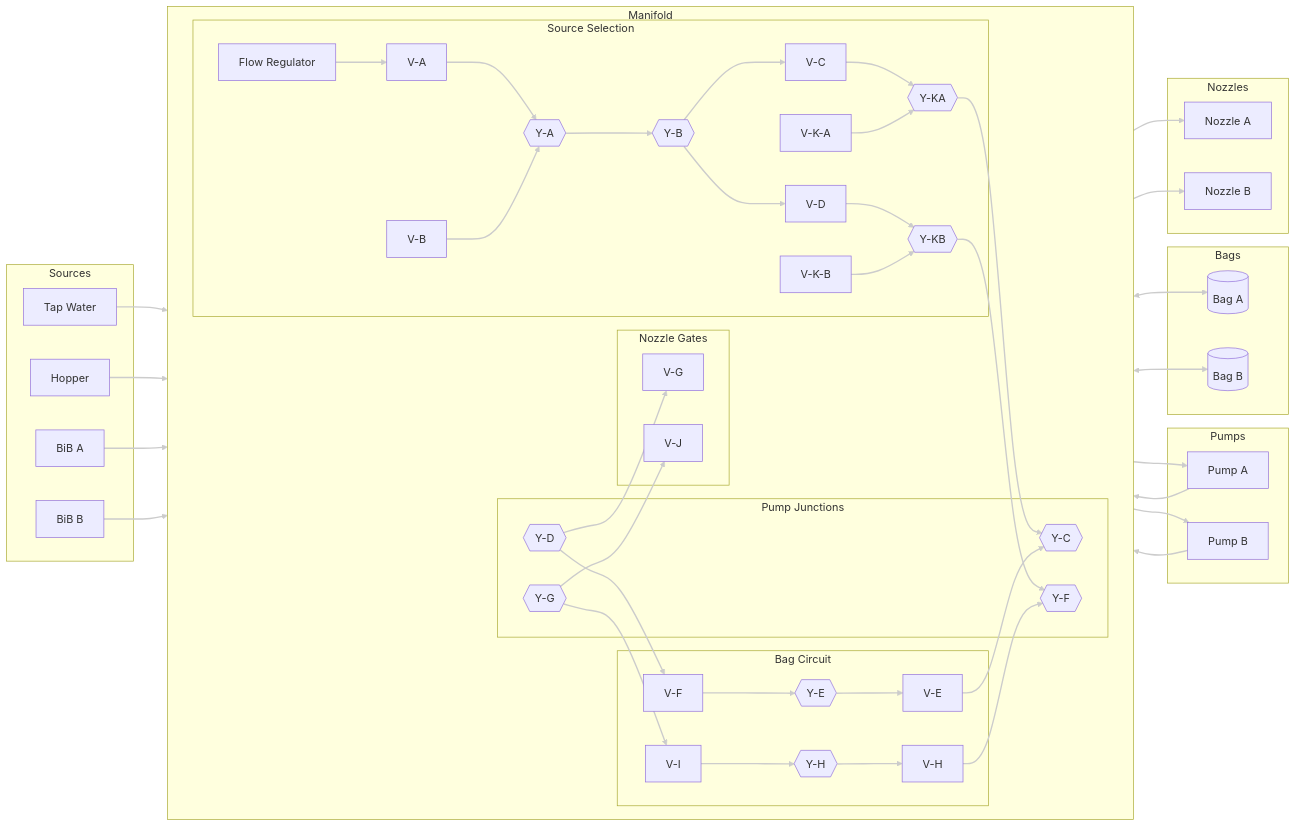
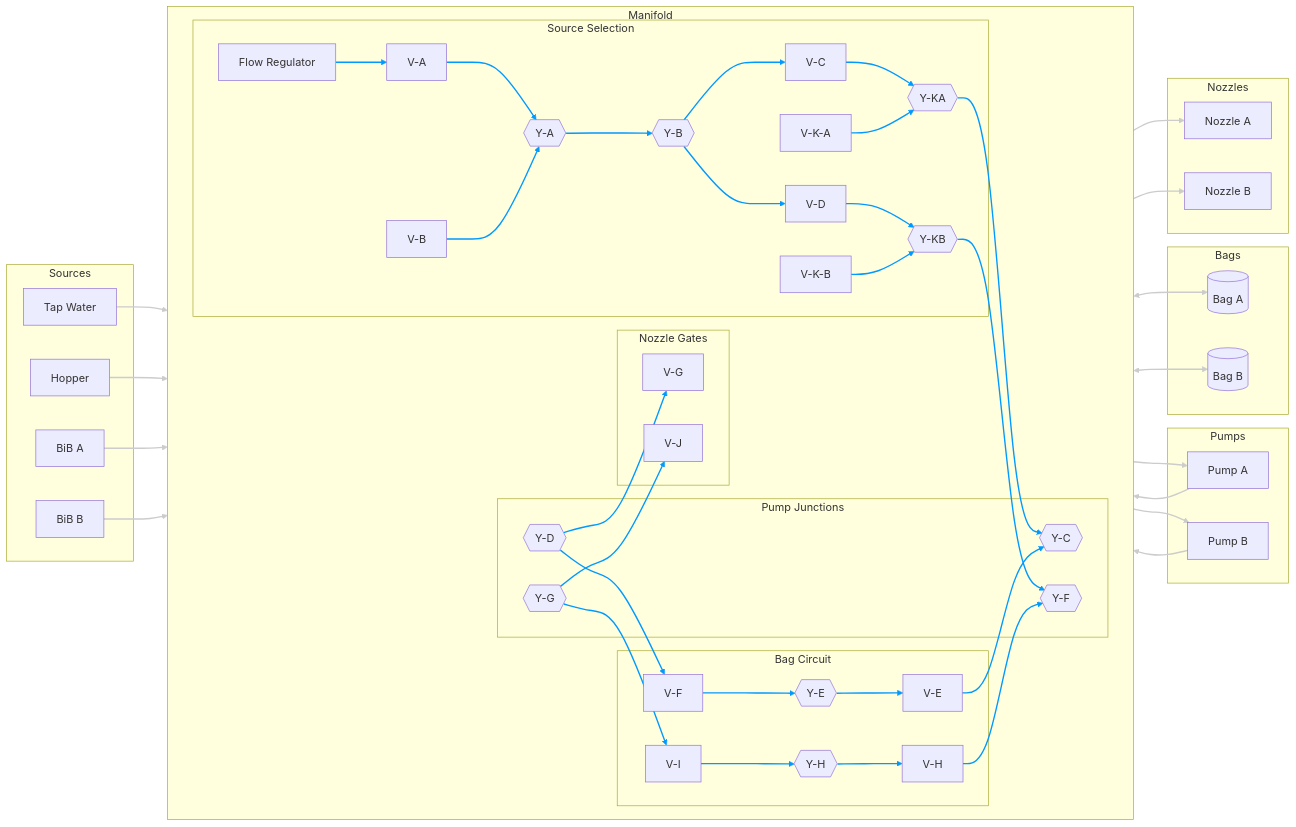
One commit to derekbreden/soda-flavor-injector changed the diagram in hardware/topology/fluid-topology-manifold.mmd. Above: the diagram before and after it, drawn with Mermaid.

Commit message:
fluid-topology-manifold: blue for internal stubs, white for tube runs
Restore the inside/outside distinction (which is functionally useful as
a stubs-vs-long-tube-runs map) but use blue (#09f) instead of black,
since black is only readable inside the grey subgraph fill and white
is reserved for the long tube runs.

```diff
--- a/hardware/topology/fluid-topology-manifold.mmd
+++ b/hardware/topology/fluid-topology-manifold.mmd
@@ -1,118 +1,120 @@
 flowchart LR
 
   %% =========================
   %% Remote components
   %% =========================
   subgraph Sources["Sources"]
     Tap["Tap Water"]
     Hopper["Hopper"]
     BiBA["BiB A"]
     BiBB["BiB B"]
   end
 
   subgraph Pumps["Pumps"]
     PA["Pump A"]
     PB["Pump B"]
   end
 
   subgraph Bags["Bags"]
     BagA[("Bag A")]
     BagB[("Bag B")]
   end
 
   subgraph Nozzles["Nozzles"]
     NozzleA["Nozzle A"]
     NozzleB["Nozzle B"]
   end
 
   %% =========================
   %% Manifold
   %% =========================
   subgraph Manifold["Manifold"]
     direction LR
 
     subgraph SourceSelection["Source Selection"]
       Reg["Flow Regulator"]
       VA["V-A"]
       VB["V-B"]
       YA{{"Y-A"}}
       YB{{"Y-B"}}
       VC["V-C"]
       VD["V-D"]
       VKA["V-K-A"]
       VKB["V-K-B"]
       YKA{{"Y-KA"}}
       YKB{{"Y-KB"}}
     end
 
     subgraph MfPumps["Pump Junctions"]
       YC{{"Y-C"}}
       YD{{"Y-D"}}
       YF{{"Y-F"}}
       YG{{"Y-G"}}
     end
 
     subgraph MfNozzles["Nozzle Gates"]
       VG["V-G"]
       VJ["V-J"]
     end
 
     subgraph MfBags["Bag Circuit"]
       VE["V-E"]
       YE{{"Y-E"}}
       VF["V-F"]
       VH["V-H"]
       YH{{"Y-H"}}
       VI["V-I"]
     end
 
     %% Source Selection connections
     Reg --> VA
     VA --> YA
     VB --> YA
     YA --> YB
     YB --> VC
     YB --> VD
     VC --> YKA
     VKA --> YKA
     VD --> YKB
     VKB --> YKB
 
     %% Pump Junctions connections
     YKA --> YC
     YKB --> YF
     YD --> VG
     YD --> VF
     YG --> VJ
     YG --> VI
 
     %% Bag Circuit connections
     VE --> YC
     VF --> YE
     YE --> VE
     VH --> YF
     VI --> YH
     YH --> VH
   end
 
   %% =========================
   %% Tube runs (manifold ↔ remote)
   %% =========================
   Tap --> Reg
   Hopper --> VB
   BiBA --> VKA
   BiBB --> VKB
 
   YC --> PA --> YD
   YF --> PB --> YG
 
   YE <--> BagA
   YH <--> BagB
 
   VG --> NozzleA
   VJ --> NozzleB
 
-  %% All edges are fluid-flow (no sensors, no power), so workhorse white.
-  %% linkStyle default is safe here because there are no per-index
-  %% overrides to color arrowheads on.
-  linkStyle default stroke:#ccc,stroke-width:2px
+  %% Manifold internals (short stubs between valves and Y-junctions): blue.
+  %% 0-21 = Source Selection + Pump Junctions + Bag Circuit interior edges.
+  linkStyle 0,1,2,3,4,5,6,7,8,9,10,11,12,13,14,15,16,17,18,19,20,21 stroke:#09f,stroke-width:2px
+  %% Tube runs between the manifold and remote components: white.
+  %% 22-33 = sources -> manifold inlets, manifold -> pumps/bags/nozzles.
+  linkStyle 22,23,24,25,26,27,28,29,30,31,32,33 stroke:#ccc,stroke-width:2px
```
